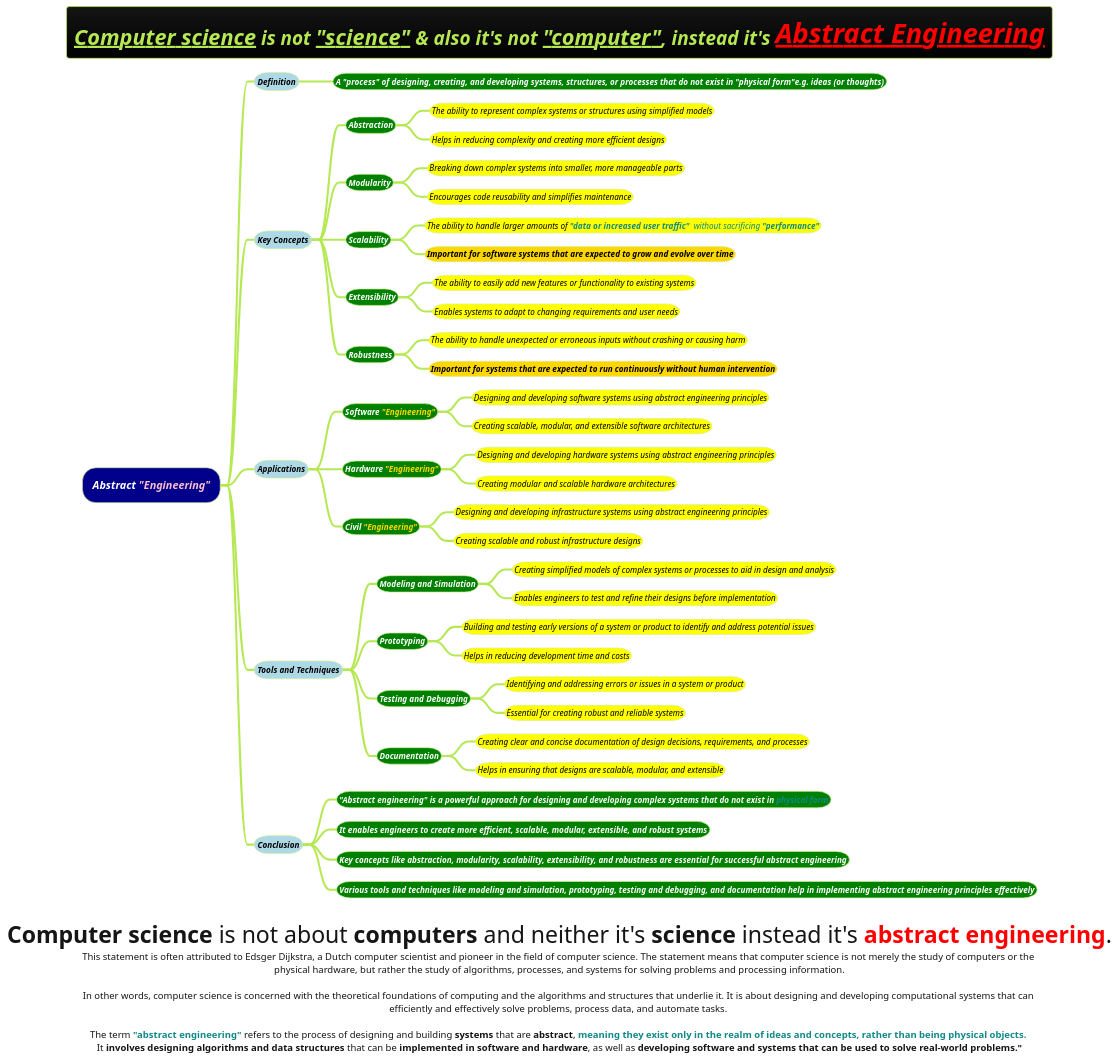
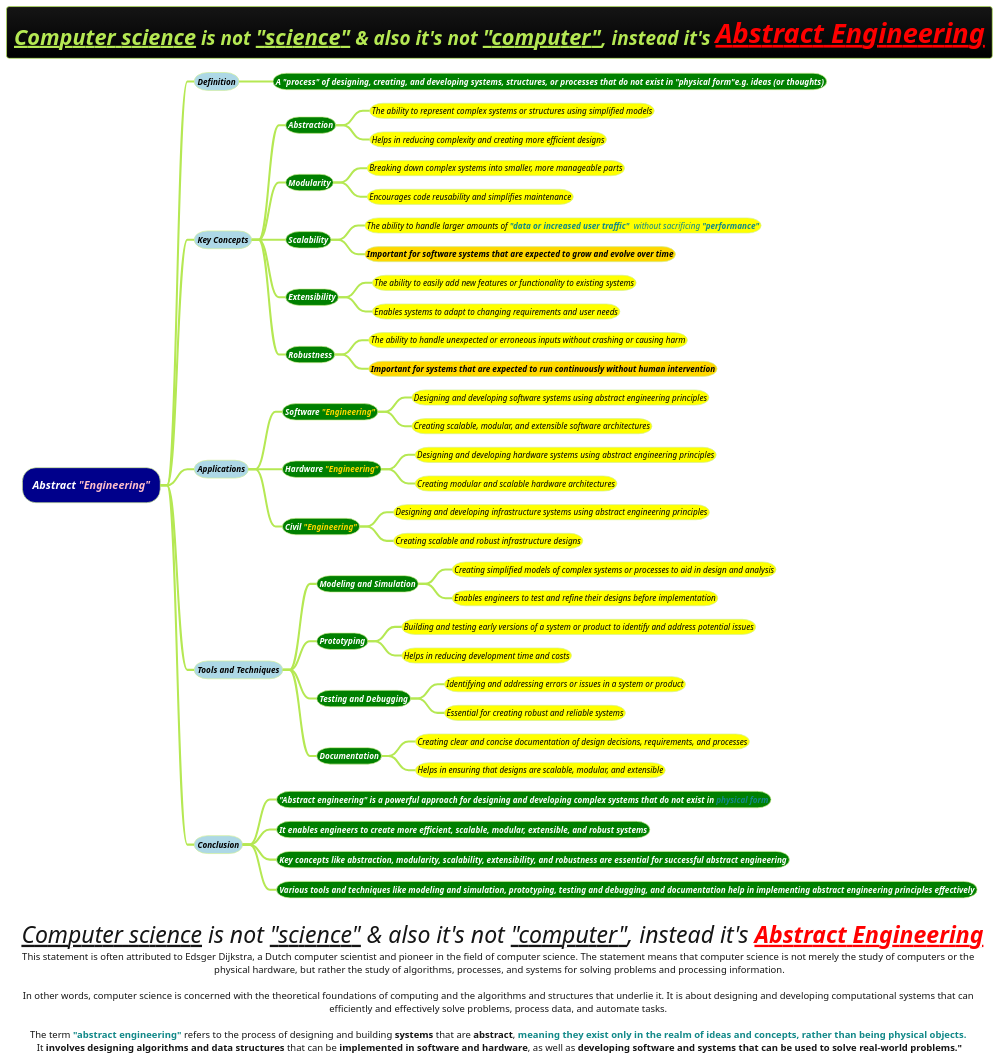
The diagram in docs/1-Requirement-Engineering/Abstract-Engineering.puml (MehmoodHashmi/Documentation-as-Code-DaC), drawn with PlantUML before and after one commit. The commit also changed 22 other files, not shown here.

```diff
--- a/docs/1-Requirement-Engineering/Abstract-Engineering.puml
+++ b/docs/1-Requirement-Engineering/Abstract-Engineering.puml
@@ -1,54 +1,54 @@
 @startmindmap
 title = <i>__Computer science__ is not __"science"__ & also it's not __"computer"__, instead it's <color #red><b><u>Abstract Engineering
-caption <size:34>**Computer science** is not about **computers** and neither it's **science** instead it's <color #red>**abstract engineering**</color>.\nThis statement is often attributed to Edsger Dijkstra, a Dutch computer scientist and pioneer in the field of computer science. The statement means that computer science is not merely the study of computers or the \nphysical hardware, but rather the study of algorithms, processes, and systems for solving problems and processing information.\n\nIn other words, computer science is concerned with the theoretical foundations of computing and the algorithms and structures that underlie it. It is about designing and developing computational systems that can \nefficiently and effectively solve problems, process data, and automate tasks. \n\nThe term <color #118888>**"abstract engineering"**</color> refers to the process of designing and building **systems** that are **abstract**, <color #118888>**meaning they exist only in the realm of ideas and concepts, rather than being physical objects.**</color> \nIt **involves designing algorithms and data structures** that can be **implemented in software and hardware**, as well as **developing software and systems that can be used to solve real-world problems."**
+caption <size:34> <i>__Computer science__ is not __"science"__ & also it's not __"computer"__, instead it's <color #red><b><u>Abstract Engineering\nThis statement is often attributed to Edsger Dijkstra, a Dutch computer scientist and pioneer in the field of computer science. The statement means that computer science is not merely the study of computers or the \nphysical hardware, but rather the study of algorithms, processes, and systems for solving problems and processing information.\n\nIn other words, computer science is concerned with the theoretical foundations of computing and the algorithms and structures that underlie it. It is about designing and developing computational systems that can \nefficiently and effectively solve problems, process data, and automate tasks. \n\nThe term <color #118888>**"abstract engineering"**</color> refers to the process of designing and building **systems** that are **abstract**, <color #118888>**meaning they exist only in the realm of ideas and concepts, rather than being physical objects.**</color> \nIt **involves designing algorithms and data structures** that can be **implemented in software and hardware**, as well as **developing software and systems that can be used to solve real-world problems."**
 !theme hacker
 
 
 *[#darkblue] <i><color #white>Abstract <color #pink>"Engineering"
 **[#lightblue] <i><color #black><size:12>Definition
 ***[#green] <b><i><color #white><size:12>A **"process"** of designing, creating, and developing systems, structures, or processes that do not exist in **"physical form"**e.g. **ideas (or thoughts)**
 **[#lightblue] <i><color #black><size:12>Key Concepts
 ***[#green] <b><i><color #white><size:12>Abstraction
 ****[#yellow] <i><color #black><size:12>The ability to represent complex systems or structures using simplified models
 ****[#yellow] <i><color #black><size:12>Helps in reducing complexity and creating more efficient designs
 ***[#green] <b><i><color #white><size:12>Modularity
 ****[#yellow] <i><color #black><size:12>Breaking down complex systems into smaller, more manageable parts
 ****[#yellow] <i><color #black><size:12>Encourages code reusability and simplifies maintenance
 ***[#green] <b><i><color #white><size:12>Scalability
 ****[#yellow] <i><color #black><size:12>The ability to handle larger amounts of <color #118888>**"data or increased user traffic"**  without sacrificing **"performance"**
 ****[#gold] <i><color #black><size:12><b>Important for software systems that are expected to grow and evolve over time
 ***[#green] <b><i><color #white><size:12>Extensibility
 ****[#yellow] <i><color #black><size:12>The ability to easily add new features or functionality to existing systems
 ****[#yellow] <i><color #black><size:12>Enables systems to adapt to changing requirements and user needs
 ***[#green] <b><i><color #white><size:12>Robustness
 ****[#yellow] <i><color #black><size:12>The ability to handle unexpected or erroneous inputs without crashing or causing harm
 ****[#gold] <i><color #black><size:12><b>Important for systems that are expected to run continuously without human intervention
 **[#lightblue] <i><color #black><size:12>Applications
 ***[#green] <b><i><color #white><size:12>Software <color #gold>"Engineering"
 ****[#yellow] <i><color #black><size:12>Designing and developing software systems using abstract engineering principles
 ****[#yellow] <i><color #black><size:12>Creating scalable, modular, and extensible software architectures
 ***[#green] <b><i><color #white><size:12>Hardware <color #gold>"Engineering"
 ****[#yellow] <i><color #black><size:12>Designing and developing hardware systems using abstract engineering principles
 ****[#yellow] <i><color #black><size:12>Creating modular and scalable hardware architectures
 ***[#green] <b><i><color #white><size:12>Civil <color #gold>"Engineering"
 ****[#yellow] <i><color #black><size:12>Designing and developing infrastructure systems using abstract engineering principles
 ****[#yellow] <i><color #black><size:12>Creating scalable and robust infrastructure designs
 **[#lightblue] <i><color #black><size:12>Tools and Techniques
 ***[#green] <b><i><color #white><size:12>Modeling and Simulation
 ****[#yellow] <i><color #black><size:12>Creating simplified models of complex systems or processes to aid in design and analysis
 ****[#yellow] <i><color #black><size:12>Enables engineers to test and refine their designs before implementation
 ***[#green] <b><i><color #white><size:12>Prototyping
 ****[#yellow] <i><color #black><size:12>Building and testing early versions of a system or product to identify and address potential issues
 ****[#yellow] <i><color #black><size:12>Helps in reducing development time and costs
 ***[#green] <b><i><color #white><size:12>Testing and Debugging
 ****[#yellow] <i><color #black><size:12>Identifying and addressing errors or issues in a system or product
 ****[#yellow] <i><color #black><size:12>Essential for creating robust and reliable systems
 ***[#green] <b><i><color #white><size:12>Documentation
 ****[#yellow] <i><color #black><size:12>Creating clear and concise documentation of design decisions, requirements, and processes
 ****[#yellow] <i><color #black><size:12>Helps in ensuring that designs are scalable, modular, and extensible
 **[#lightblue] <i><color #black><size:12>Conclusion
 ***[#green] <b><i><color #white><size:12>**"Abstract engineering"** is a powerful approach for designing and developing **complex systems that do not exist in** <color #118888>**physical form**</color>
 ***[#green] <b><i><color #white><size:12>It enables engineers to create more efficient, scalable, modular, extensible, and robust systems
 ***[#green] <b><i><color #white><size:12>Key concepts like abstraction, modularity, scalability, extensibility, and robustness are essential for successful abstract engineering
 ***[#green] <b><i><color #white><size:12>Various tools and techniques like modeling and simulation, prototyping, testing and debugging, and documentation help in implementing abstract engineering principles effectively
 @endmindmap
```
